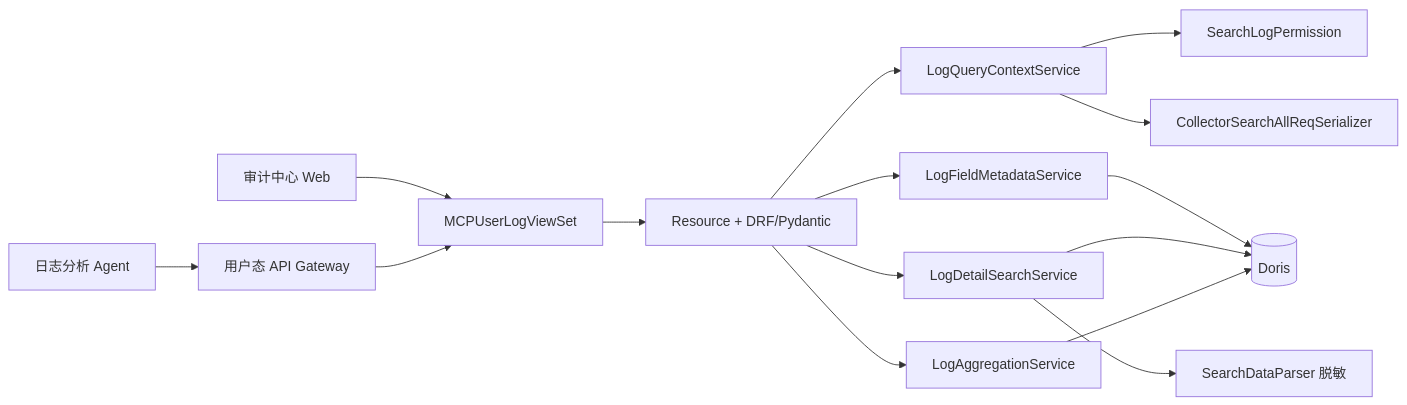
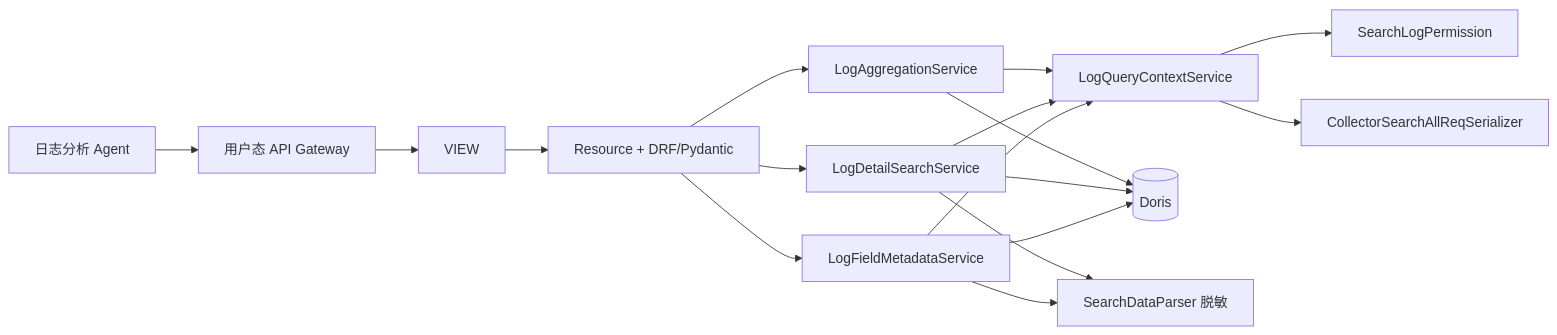
One commit to TencentBlueKing/bk-audit changed the diagram in src/backend/services/web/query/ai_assistant/README.md. Above: the diagram before and after it, drawn with Mermaid. The commit also changed other lines of this file and 61 other files, not shown here.

````diff
--- a/src/backend/services/web/query/ai_assistant/README.md
+++ b/src/backend/services/web/query/ai_assistant/README.md
@@ -9,17 +10,19 @@
 ```mermaid
 flowchart LR
     AGENT[日志分析 Agent] --> APIGW[用户态 API Gateway]
-    WEB[审计中心 Web] --> VIEW[MCPUserLogViewSet]
     APIGW --> VIEW
     VIEW --> RES[Resource + DRF/Pydantic]
-    RES --> CTX[LogQueryContextService]
-    CTX --> AUTH[SearchLogPermission]
-    CTX --> VALIDATE[CollectorSearchAllReqSerializer]
     RES --> META[LogFieldMetadataService]
     RES --> SEARCH[LogDetailSearchService]
     RES --> AGG[LogAggregationService]
+    META --> CTX[LogQueryContextService]
+    SEARCH --> CTX
+    AGG --> CTX
+    CTX --> AUTH[SearchLogPermission]
+    CTX --> VALIDATE[CollectorSearchAllReqSerializer]
     META --> DORIS[(Doris)]
     SEARCH --> DORIS
     AGG --> DORIS
+    META --> MASK[SearchDataParser 脱敏]
     SEARCH --> MASK[SearchDataParser 脱敏]
 ```
````
